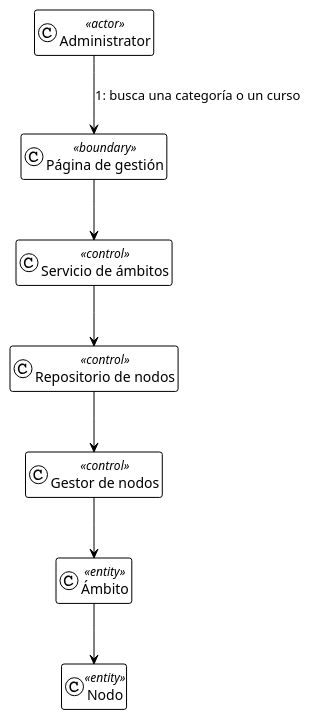
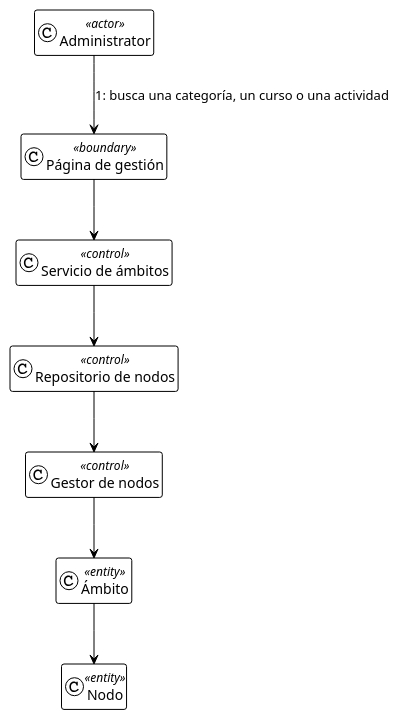
The diagram in docs/es/technical/analysis/use-cases/setScopeException/collaboration.puml (didactika/moodle-local_extendednav), drawn with PlantUML before and after one commit. The commit also changed 79 other files, not shown here.

```diff
--- a/docs/es/technical/analysis/use-cases/setScopeException/collaboration.puml
+++ b/docs/es/technical/analysis/use-cases/setScopeException/collaboration.puml
@@ -1,22 +1,22 @@
 @startuml
 !theme plain
 hide empty members
 skinparam linetype polyline
 top to bottom direction
 
 class "Administrator" as user <<actor>>
 class "Página de gestión" as c0 <<boundary>>
 class "Servicio de ámbitos" as c1 <<control>>
 class "Repositorio de nodos" as c2 <<control>>
 class "Gestor de nodos" as c3 <<control>>
 class "Ámbito" as c4 <<entity>>
 class "Nodo" as c5 <<entity>>
 
-user --> c0 : 1: busca una categoría o un curso
+user --> c0 : 1: busca una categoría, un curso o una actividad
 c0 --> c1
 c1 --> c2
 c2 --> c3
 c3 --> c4
 c4 --> c5
 
 @enduml
```
